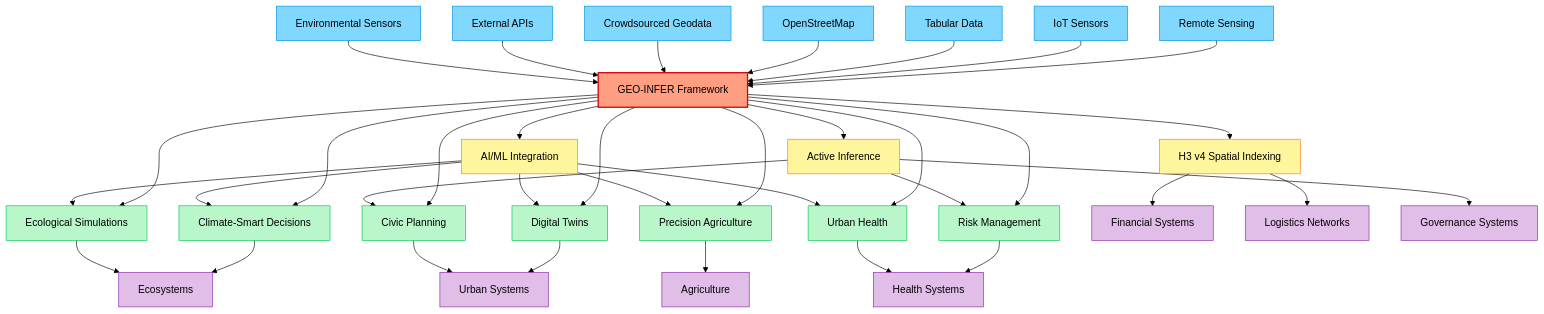
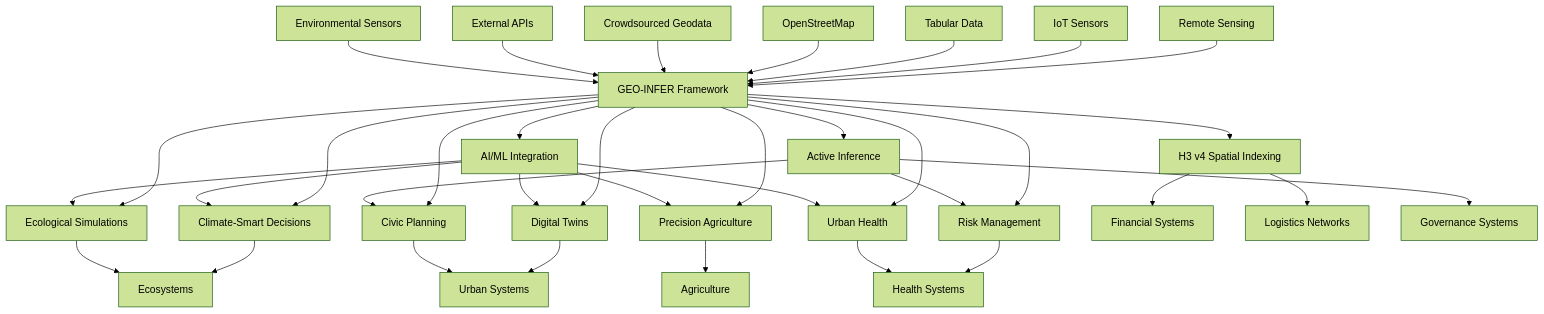
One commit to ActiveInferenceInstitute/GEO-INFER changed the third of 3 diagrams in README.md. Above: the diagram before and after it, drawn with Mermaid (forest theme). The commit also changed other lines of this file and 387 other files, not shown here.

````diff
--- a/README.md
+++ b/README.md
@@ -600,44 +593,40 @@
 ```mermaid
 graph TD
-    classDef mainNode fill:#ff9e80,stroke:#d50000,stroke-width:2px
-    classDef sourceNode fill:#80d8ff,stroke:#0091ea,stroke-width:1px
-    classDef applicationNode fill:#b9f6ca,stroke:#00c853,stroke-width:1px
-    classDef domainNode fill:#e1bee7,stroke:#8e24aa,stroke-width:1px
-    classDef integrationNode fill:#fff59d,stroke:#f57f17,stroke-width:1px
+    %% Note: no explicit styling; keep dark-mode compatible
 
-    GEOINFER["GEO-INFER Framework"]:::mainNode
+    GEOINFER["GEO-INFER Framework"]
     
     %% Data Sources
-    RS["Remote Sensing"]:::sourceNode
-    IOT["IoT Sensors"]:::sourceNode
-    CSV["Tabular Data"]:::sourceNode
-    OSM["OpenStreetMap"]:::sourceNode
-    CGD["Crowdsourced Geodata"]:::sourceNode
-    API["External APIs"]:::sourceNode
-    SENSOR["Environmental Sensors"]:::sourceNode
+    RS["Remote Sensing"]
+    IOT["IoT Sensors"]
+    CSV["Tabular Data"]
+    OSM["OpenStreetMap"]
+    CGD["Crowdsourced Geodata"]
+    API["External APIs"]
+    SENSOR["Environmental Sensors"]
     
     %% Applications
-    DT["Digital Twins"]:::applicationNode
-    CSD["Climate-Smart Decisions"]:::applicationNode
-    ES["Ecological Simulations"]:::applicationNode
-    CP["Civic Planning"]:::applicationNode
-    RM["Risk Management"]:::applicationNode
-    PA["Precision Agriculture"]:::applicationNode
-    UH["Urban Health"]:::applicationNode
+    DT["Digital Twins"]
+    CSD["Climate-Smart Decisions"]
+    ES["Ecological Simulations"]
+    CP["Civic Planning"]
+    RM["Risk Management"]
+    PA["Precision Agriculture"]
+    UH["Urban Health"]
     
     %% Domains
-    URB["Urban Systems"]:::domainNode
-    ECO["Ecosystems"]:::domainNode
-    AGR["Agriculture"]:::domainNode
-    HLT["Health Systems"]:::domainNode
-    FIN["Financial Systems"]:::domainNode
-    LOG["Logistics Networks"]:::domainNode
-    GOV["Governance Systems"]:::domainNode
+    URB["Urban Systems"]
+    ECO["Ecosystems"]
+    AGR["Agriculture"]
+    HLT["Health Systems"]
+    FIN["Financial Systems"]
+    LOG["Logistics Networks"]
+    GOV["Governance Systems"]
     
     %% Integration Points
-    AI_INT["AI/ML Integration"]:::integrationNode
-    ACT_INT["Active Inference"]:::integrationNode
-    H3_INT["H3 v4 Spatial Indexing"]:::integrationNode
+    AI_INT["AI/ML Integration"]
+    ACT_INT["Active Inference"]
+    H3_INT["H3 v4 Spatial Indexing"]
     
     %% Connections
     RS --> GEOINFER
````
